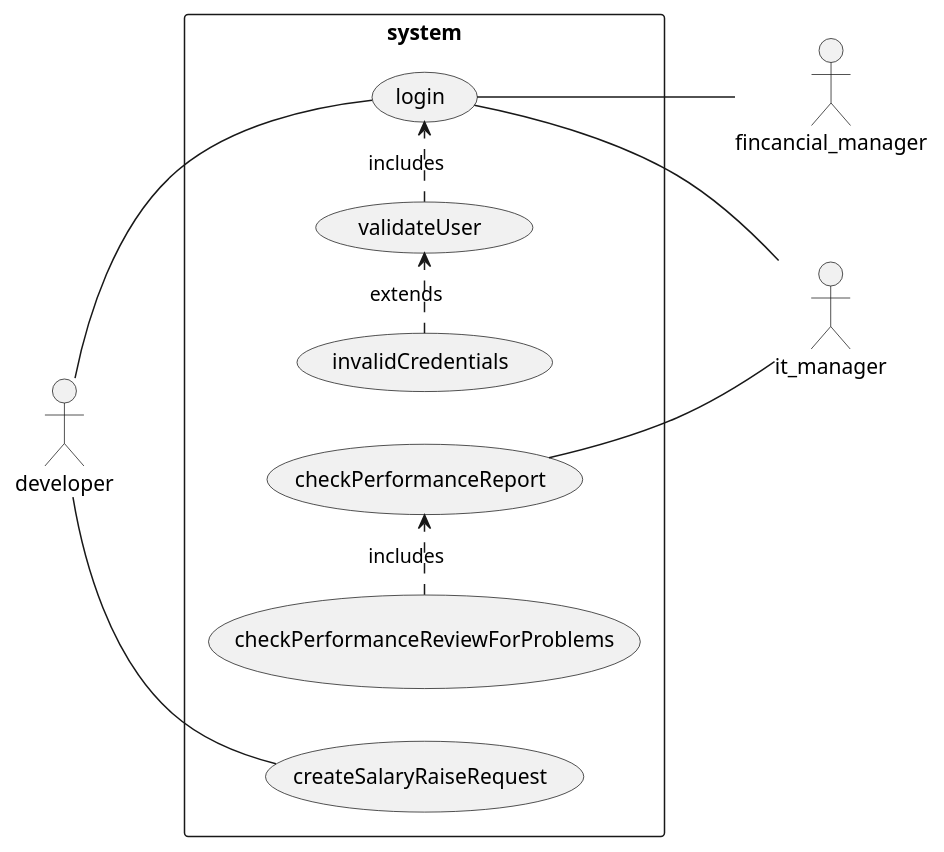
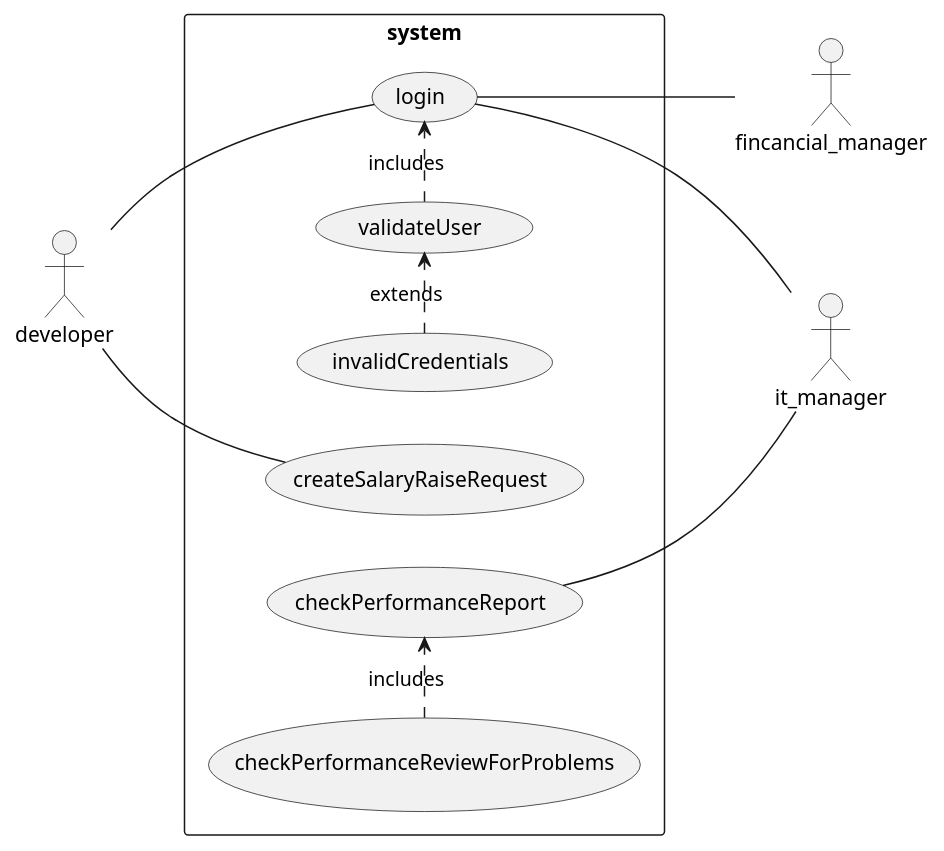
One commit to vd84/modernmethods changed the diagram in homework1/useCaseDiagram.wsd. Above: the diagram before and after it, drawn with PlantUML.

Commit message:
correct ordering

```diff
--- a/homework1/useCaseDiagram.wsd
+++ b/homework1/useCaseDiagram.wsd
@@ -1,18 +1,18 @@
 @startuml
 left to right direction
 'top to bottom direction
 skinparam packageStyle rectangle
 actor developer
 actor it_manager
 actor fincancial_manager
 rectangle system {
   developer -- (login)
   (validateUser) .> (login) : includes
   (invalidCredentials) .> (validateUser) : extends
   (login) -- it_manager
   (login) -- fincancial_manager
-  developer -- (createSalaryRaiseRequest)
+  developer - (createSalaryRaiseRequest)
   it_manager -- (checkPerformanceReport)
   (checkPerformanceReviewForProblems) .> (checkPerformanceReport) : includes
 }
 @enduml
```
